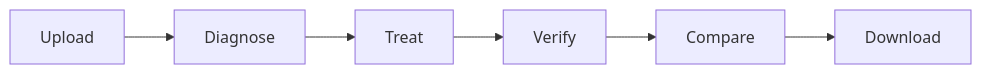
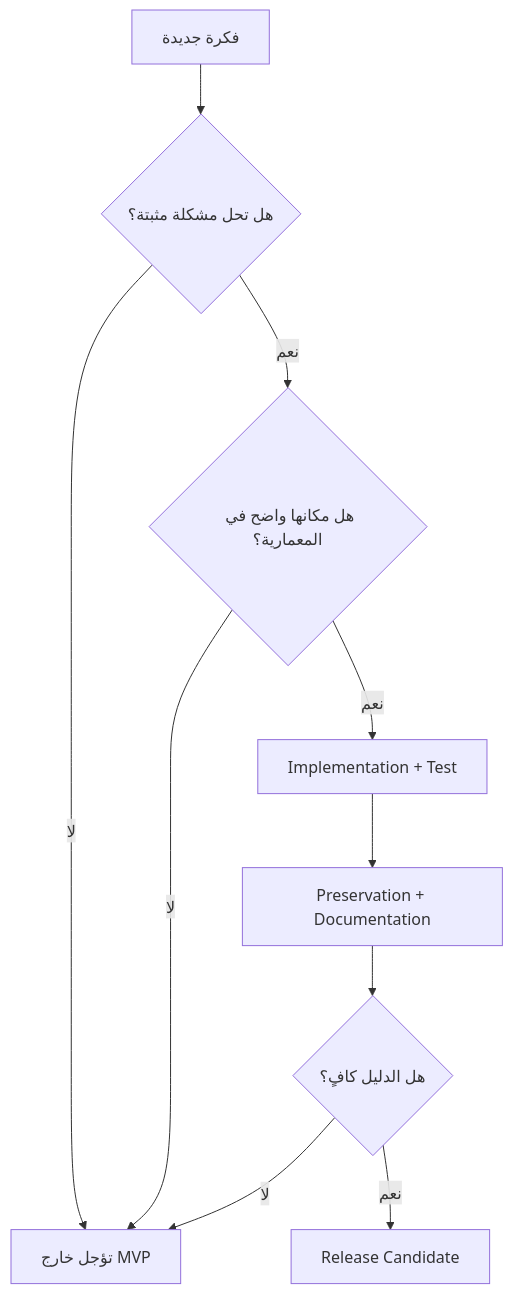
One commit to Alhareith/manuscript-doctor changed the third of 4 diagrams in docs/roadmap.md. Above: the diagram before and after it, drawn with Mermaid. The commit also changed other lines of this file and 168 other files, not shown here.

````diff
--- a/docs/roadmap.md
+++ b/docs/roadmap.md
@@ -320,8 +123,12 @@
 ```mermaid
-flowchart LR
-    A["Upload"] --> B["Diagnose"]
-    B --> C["Treat"]
-    C --> D["Verify"]
-    D --> E["Compare"]
-    E --> F["Download"]
+flowchart TD
+    A["فكرة جديدة"] --> B{"هل تحل مشكلة مثبتة؟"}
+    B -->|"لا"| C["تؤجل خارج MVP"]
+    B -->|"نعم"| D{"هل مكانها واضح في المعمارية؟"}
+    D -->|"لا"| C
+    D -->|"نعم"| E["Implementation + Test"]
+    E --> F["Preservation + Documentation"]
+    F --> G{"هل الدليل كافٍ؟"}
+    G -->|"لا"| C
+    G -->|"نعم"| H["Release Candidate"]
 ```
````
